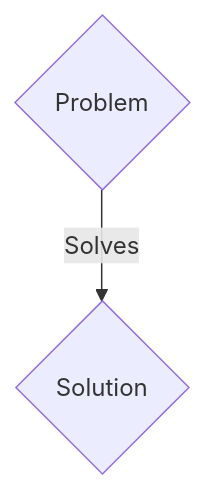
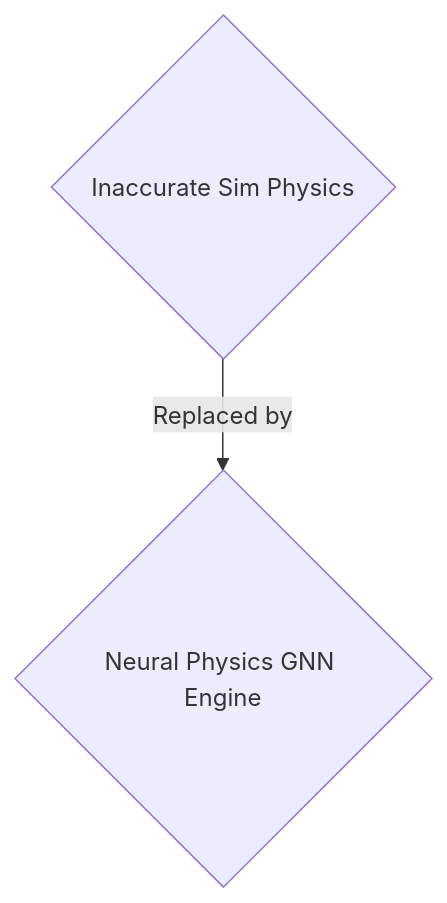
The first of 2 diagrams in ideas/sim-to-real-engine/README.md (flouzzy/top-100-ai-startup-ideas), drawn with Mermaid before and after one commit. The commit also changed other lines of this file and 19 other files, not shown here.

````diff
--- a/ideas/sim-to-real-engine/README.md
+++ b/ideas/sim-to-real-engine/README.md
@@ -17,4 +17,4 @@
 ```mermaid
 graph TD
-    A{"Problem"} -->|"Solves"| B{"Solution"}
+    A{"Inaccurate Sim Physics"} -->|"Replaced by"| B{"Neural Physics GNN Engine"}
 ```
````
